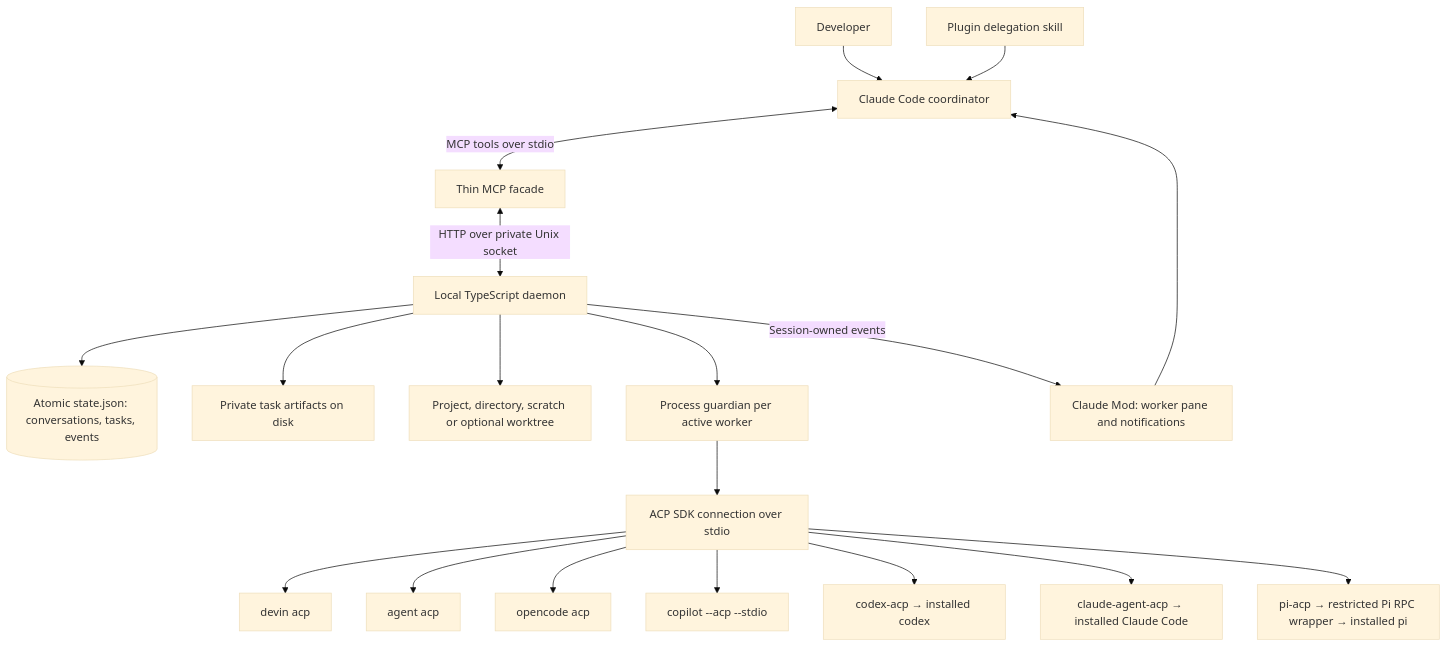
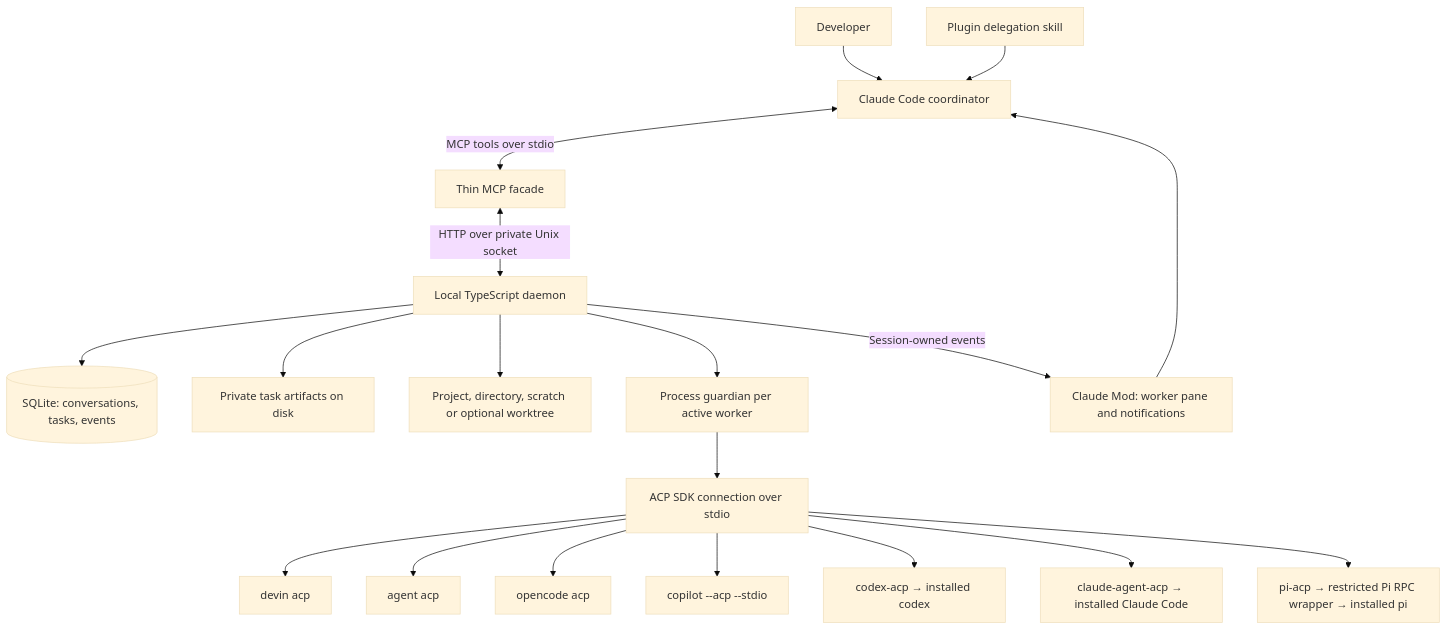
One commit to dev-eloper1/agent-bridge changed the first of 3 diagrams in docs/ARCHITECTURE.md. Above: the diagram before and after it, drawn with Mermaid (base theme). The commit also changed other lines of this file and 14 other files, not shown here.

First line of the commit message:
Store runtime state in SQLite behind a storage port (#14)

````diff
--- a/docs/ARCHITECTURE.md
+++ b/docs/ARCHITECTURE.md
@@ -34,21 +34,21 @@
 ```mermaid
 flowchart TB
   User[Developer] --> Claude[Claude Code coordinator]
   Skill[Plugin delegation skill] --> Claude
   Claude <-->|MCP tools over stdio| MCP[Thin MCP facade]
   MCP <-->|HTTP over private Unix socket| Runtime[Local TypeScript daemon]
-  Runtime --> Store[(Atomic state.json: conversations, tasks, events)]
+  Runtime --> Store[(SQLite: conversations, tasks, events)]
   Runtime --> Artifacts[Private task artifacts on disk]
   Runtime --> Workspace[Project, directory, scratch or optional worktree]
   Runtime --> Guardian[Process guardian per active worker]
   Runtime -->|Session-owned events| Mod[Claude Mod: worker pane and notifications]
   Mod --> Claude
   Guardian --> ACP[ACP SDK connection over stdio]
   ACP --> Devin[devin acp]
   ACP --> Cursor[agent acp]
   ACP --> OpenCode[opencode acp]
   ACP --> Copilot[copilot --acp --stdio]
   ACP --> Codex[codex-acp → installed codex]
   ACP --> ExternalClaude[claude-agent-acp → installed Claude Code]
   ACP --> Pi[pi-acp → restricted Pi RPC wrapper → installed pi]
 ```
````
